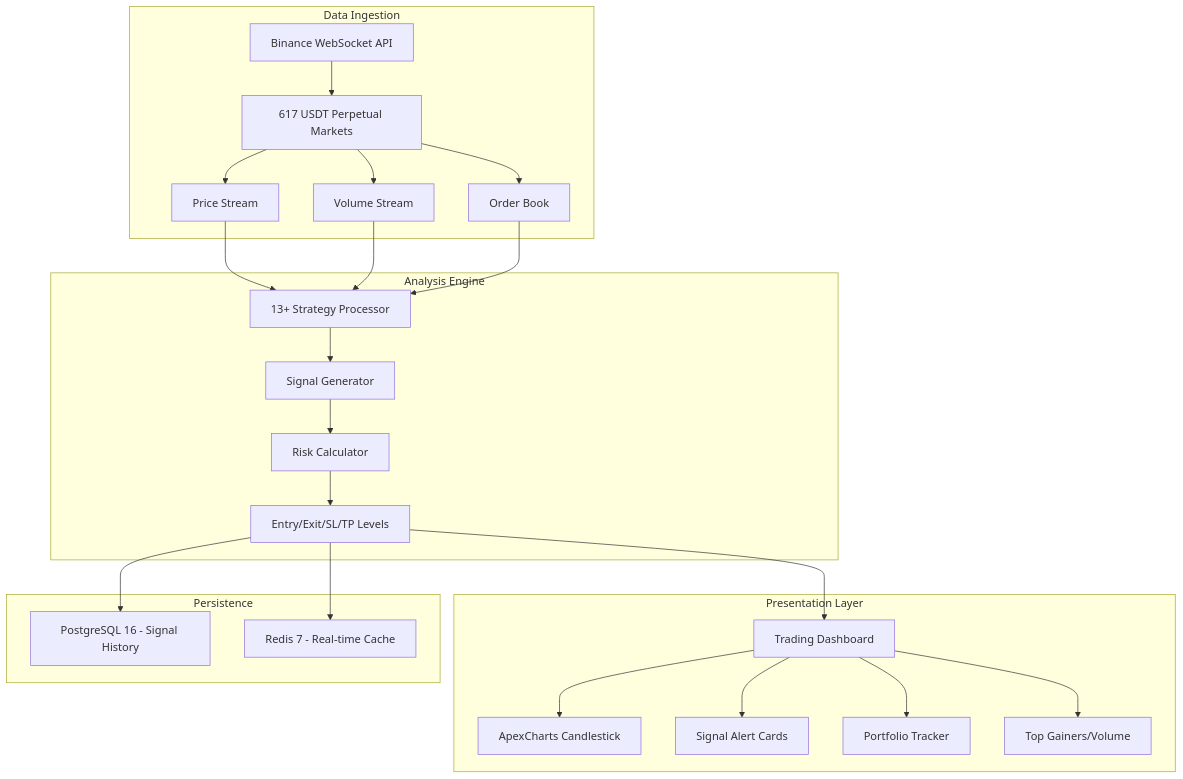
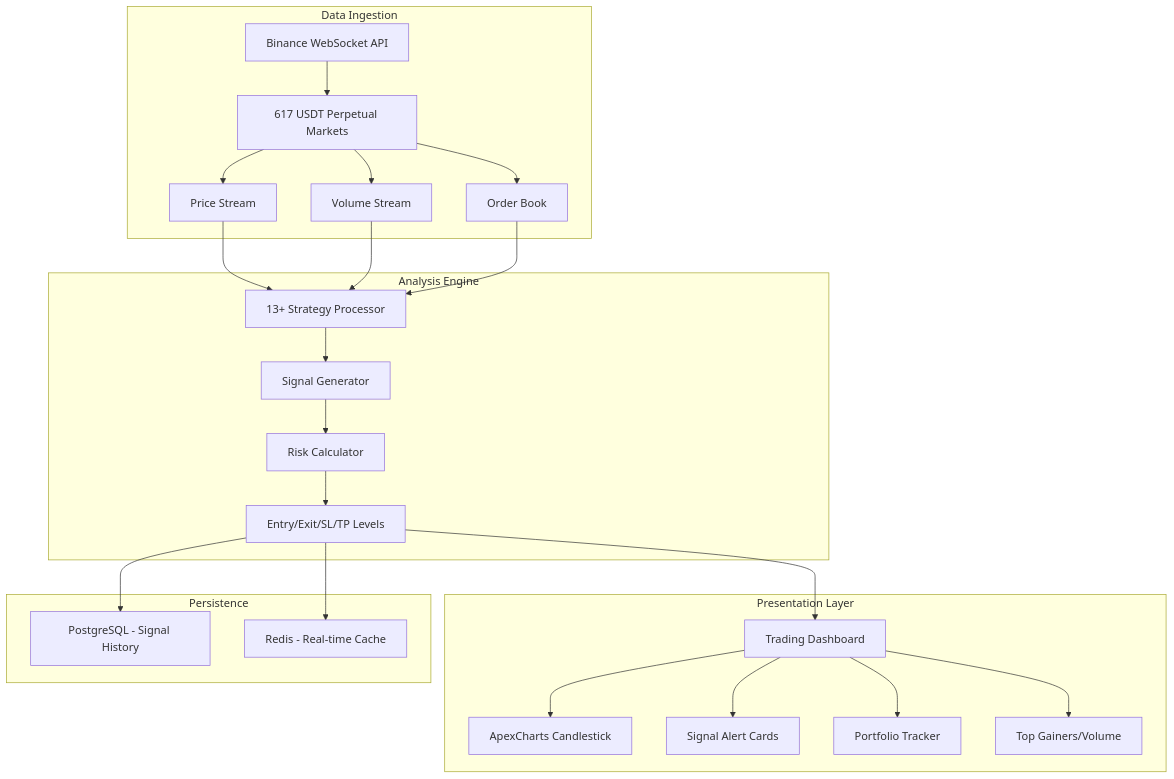
One commit to lydianai/borsa.ailydian.com changed the diagram in README.md. Above: the diagram before and after it, drawn with Mermaid. The commit also changed other lines of this file and 8 other files, not shown here.

````diff
--- a/README.md
+++ b/README.md
@@ -128,28 +129,28 @@
 ```mermaid
 graph TD
     subgraph "Data Ingestion"
         A[Binance WebSocket API] --> B[617 USDT Perpetual Markets]
         B --> C[Price Stream]
         B --> D[Volume Stream]
         B --> E[Order Book]
     end
     subgraph "Analysis Engine"
         C --> F[13+ Strategy Processor]
         D --> F
         E --> F
         F --> G[Signal Generator]
         G --> H[Risk Calculator]
         H --> I[Entry/Exit/SL/TP Levels]
     end
     subgraph "Presentation Layer"
         I --> J[Trading Dashboard]
         J --> K[ApexCharts Candlestick]
         J --> L[Signal Alert Cards]
         J --> M[Portfolio Tracker]
         J --> N[Top Gainers/Volume]
     end
     subgraph "Persistence"
-        I --> O[PostgreSQL 16 - Signal History]
-        I --> P[Redis 7 - Real-time Cache]
+        I --> O[PostgreSQL - Signal History]
+        I --> P[Redis - Real-time Cache]
     end
 ```
````
